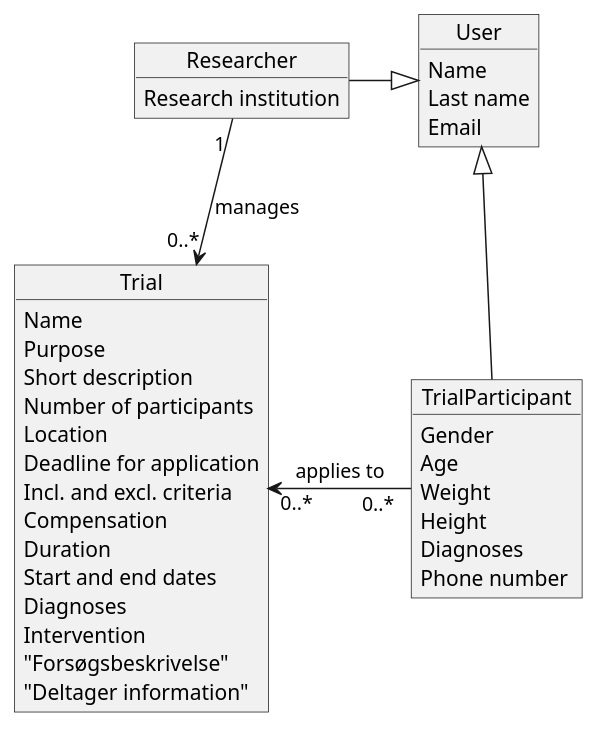
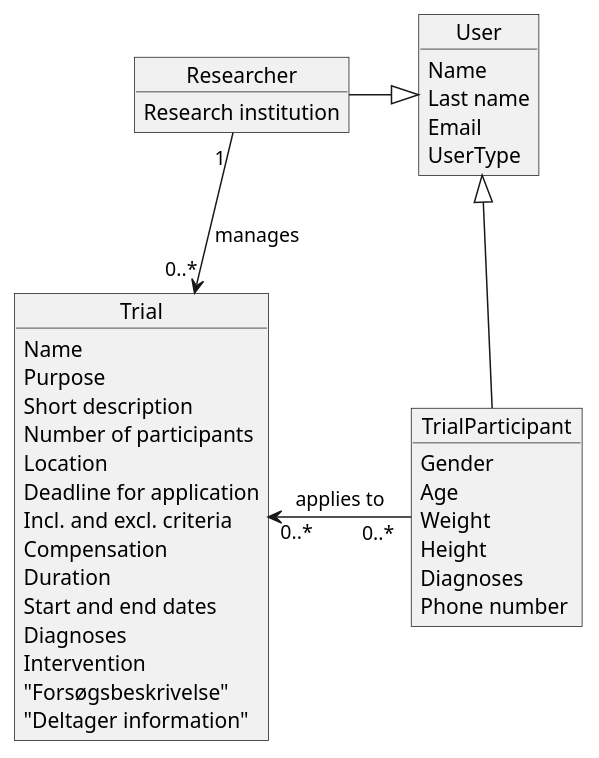
One commit to MarkBidstrup/PB1 changed the diagram in PB1ProbeApplication/UML/DomainModel.puml. Above: the diagram before and after it, drawn with PlantUML.

Commit message:
added usertype to user in DM

```diff
--- a/PB1ProbeApplication/UML/DomainModel.puml
+++ b/PB1ProbeApplication/UML/DomainModel.puml
@@ -1,46 +1,47 @@
 @startuml
 'https://plantuml.com/class-diagram
 
 object User {
     Name
     Last name
     Email
+    UserType
 }
 
 object TrialParticipant {
     Gender
     Age
     Weight
     Height
     Diagnoses
     Phone number
 }
 
 object Researcher {
     Research institution
 }
 
 object Trial {
     Name
     Purpose
     Short description
     Number of participants
     Location
     Deadline for application
     Incl. and excl. criteria
     Compensation
     Duration
     Start and end dates
     Diagnoses
     Intervention
     "Forsøgsbeskrivelse"
     "Deltager information"
 }
 
 User <|-- TrialParticipant
 Researcher -|> User
 Trial "0..*" <- "0..* " TrialParticipant : applies to
 Researcher "1 " --> "0..*" Trial : manages
 
 
 @enduml
```
